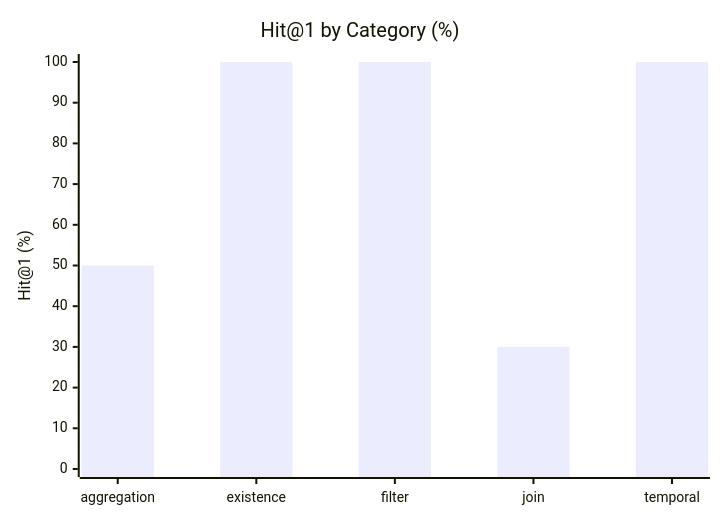
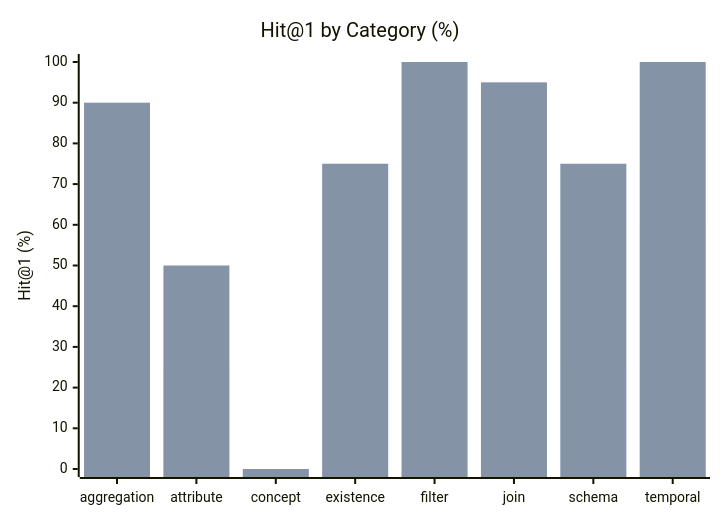
One commit to megagonlabs/blue-data changed the diagram in lib/tests/benchmarks/NORTHWIND_DISCOVERY_RESULTS.md. Above: the diagram before and after it, drawn with Mermaid. The commit also changed other lines of this file and 5 other files, not shown here.

````diff
--- a/lib/tests/benchmarks/NORTHWIND_DISCOVERY_RESULTS.md
+++ b/lib/tests/benchmarks/NORTHWIND_DISCOVERY_RESULTS.md
@@ -28,7 +36,8 @@
 ```mermaid
 xychart-beta
     title "Hit@1 by Category (%)"
-    x-axis ["aggregation", "existence", "filter", "join", "temporal"]
+    x-axis ["aggregation", "attribute", "concept", "existence", "filter", "join", "schema", "temporal"]
     y-axis "Hit@1 (%)" 0 --> 100
-    bar [50, 100, 100, 30, 100]
+    bar [70, 25, 0, 75, 100, 50, 25, 60]
+    bar [90, 50, 0, 75, 100, 95, 75, 100]
 ```
````
